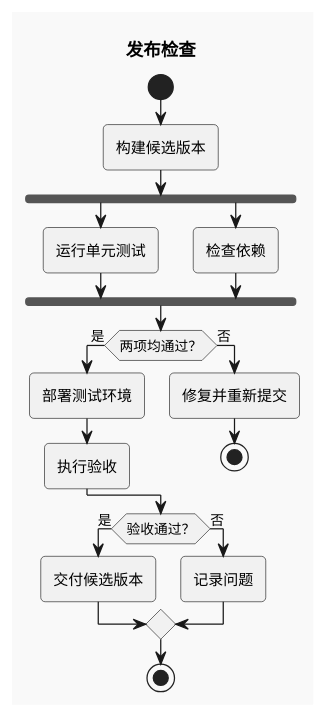
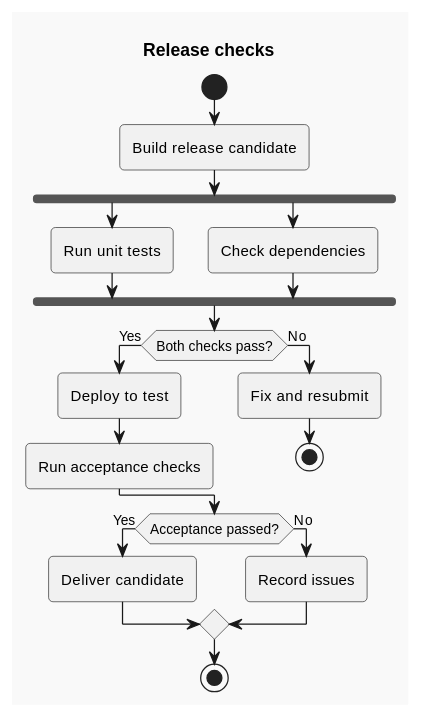
One commit to def-peter/fuxian changed the first of 3 diagrams in skills/fuxian-diagram/references/plantuml/activity-swimlanes.md. Above: the diagram before and after it, drawn with PlantUML. The commit also changed other lines of this file and 43 other files, not shown here.

Commit message:
feat(skills): internationalize diagram guides and expand type selection

````diff
--- a/skills/fuxian-diagram/references/plantuml/activity-swimlanes.md
+++ b/skills/fuxian-diagram/references/plantuml/activity-swimlanes.md
@@ -11,26 +11,26 @@
 ```plantuml
 @startuml
 !theme mars
-title 发布检查
+title Release checks
 start
-:构建候选版本;
+:Build release candidate;
 fork
-  :运行单元测试;
+  :Run unit tests;
 fork again
-  :检查依赖;
+  :Check dependencies;
 end fork
-if (两项均通过？) then (是)
-  :部署测试环境;
-  :执行验收;
-else (否)
-  :修复并重新提交;
+if (Both checks pass?) then (Yes)
+  :Deploy to test;
+  :Run acceptance checks;
+else (No)
+  :Fix and resubmit;
   stop
 endif
-if (验收通过？) then (是)
-  :交付候选版本;
-else (否)
-  :记录问题;
+if (Acceptance passed?) then (Yes)
+  :Deliver candidate;
+else (No)
+  :Record issues;
 endif
 stop
 @enduml
 ```
````
